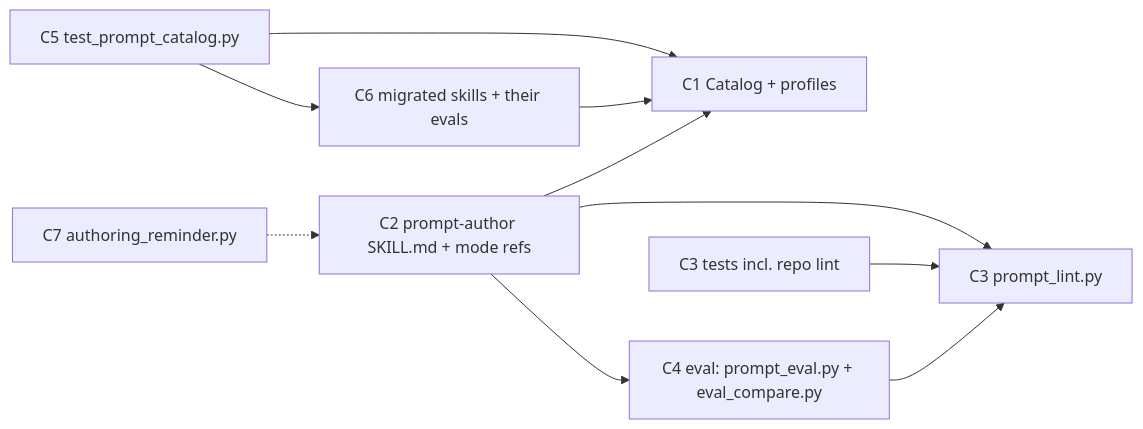
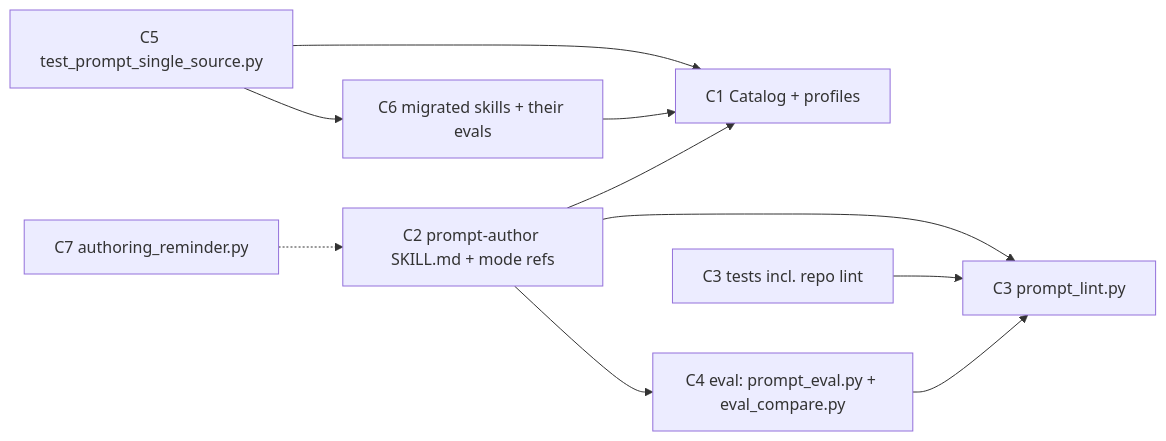
One commit to MMoMM-org/the-custom-startup changed the second of 3 diagrams in docs/XDD/specs/023-prompt-author/solution.md. Above: the diagram before and after it, drawn with Mermaid. The commit also changed other lines of this file and 6 other files, not shown here.

````diff
--- a/docs/XDD/specs/023-prompt-author/solution.md
+++ b/docs/XDD/specs/023-prompt-author/solution.md
@@ -305,12 +306,12 @@
 ```mermaid
 graph LR
     SK[C2 prompt-author SKILL.md + mode refs] --> CAT[C1 Catalog + profiles]
     SK --> LINT[C3 prompt_lint.py]
     SK --> EV[C4 eval: prompt_eval.py + eval_compare.py]
     EV --> LINT
     MIG[C6 migrated skills + their evals] --> CAT
     HOOK[C7 authoring_reminder.py] -.-> SK
-    TCAT[C5 test_prompt_catalog.py] --> CAT
+    TCAT[C5 test_prompt_single_source.py] --> CAT
     TCAT --> MIG
     TLINT[C3 tests incl. repo lint] --> LINT
 ```
````
